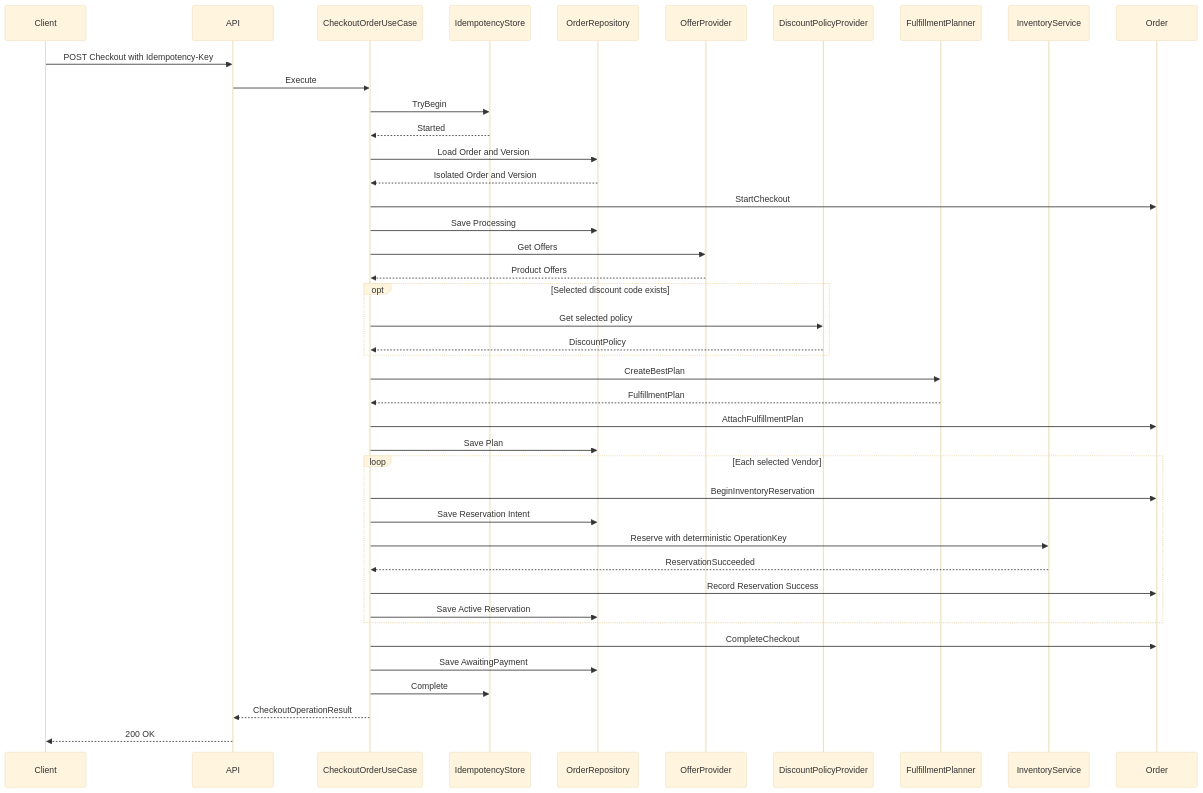
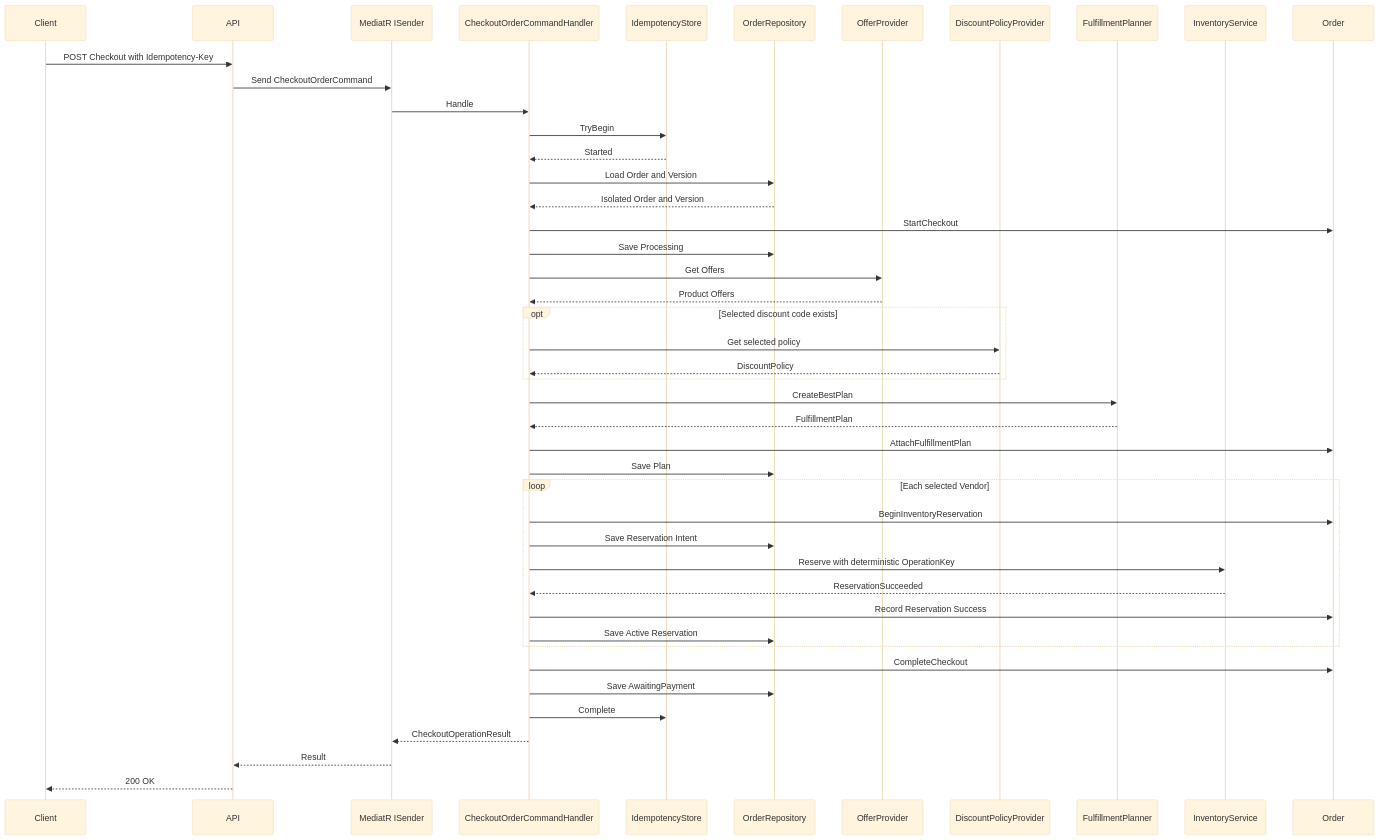
The fifth of 10 diagrams in README.md (erfanehsrchl/MarketplaceOrdering), drawn with Mermaid (base theme) before and after one commit. The commit also changed other lines of this file and 49 other files, not shown here.

First line of the commit message:
feat: Implement order management features including order details retrieval, discount code removal, and item management

````diff
--- a/README.md
+++ b/README.md
@@ -152,47 +176,50 @@
 ```mermaid
 sequenceDiagram
     participant Client
     participant API
-    participant UseCase as CheckoutOrderUseCase
+    participant Sender as MediatR ISender
+    participant Handler as CheckoutOrderCommandHandler
     participant Idempotency as IdempotencyStore
     participant Repository as OrderRepository
     participant Offers as OfferProvider
     participant Discounts as DiscountPolicyProvider
     participant Planner as FulfillmentPlanner
     participant Inventory as InventoryService
     participant Order
 
     Client->>API: POST Checkout with Idempotency-Key
-    API->>UseCase: Execute
-    UseCase->>Idempotency: TryBegin
-    Idempotency-->>UseCase: Started
-    UseCase->>Repository: Load Order and Version
-    Repository-->>UseCase: Isolated Order and Version
-    UseCase->>Order: StartCheckout
-    UseCase->>Repository: Save Processing
-    UseCase->>Offers: Get Offers
-    Offers-->>UseCase: Product Offers
+    API->>Sender: Send CheckoutOrderCommand
+    Sender->>Handler: Handle
+    Handler->>Idempotency: TryBegin
+    Idempotency-->>Handler: Started
+    Handler->>Repository: Load Order and Version
+    Repository-->>Handler: Isolated Order and Version
+    Handler->>Order: StartCheckout
+    Handler->>Repository: Save Processing
+    Handler->>Offers: Get Offers
+    Offers-->>Handler: Product Offers
     opt Selected discount code exists
-        UseCase->>Discounts: Get selected policy
-        Discounts-->>UseCase: DiscountPolicy
+        Handler->>Discounts: Get selected policy
+        Discounts-->>Handler: DiscountPolicy
     end
-    UseCase->>Planner: CreateBestPlan
-    Planner-->>UseCase: FulfillmentPlan
-    UseCase->>Order: AttachFulfillmentPlan
-    UseCase->>Repository: Save Plan
+    Handler->>Planner: CreateBestPlan
+    Planner-->>Handler: FulfillmentPlan
+    Handler->>Order: AttachFulfillmentPlan
+    Handler->>Repository: Save Plan
 
     loop Each selected Vendor
-        UseCase->>Order: BeginInventoryReservation
-        UseCase->>Repository: Save Reservation Intent
-        UseCase->>Inventory: Reserve with deterministic OperationKey
-        Inventory-->>UseCase: ReservationSucceeded
-        UseCase->>Order: Record Reservation Success
-        UseCase->>Repository: Save Active Reservation
+        Handler->>Order: BeginInventoryReservation
+        Handler->>Repository: Save Reservation Intent
+        Handler->>Inventory: Reserve with deterministic OperationKey
+        Inventory-->>Handler: ReservationSucceeded
+        Handler->>Order: Record Reservation Success
+        Handler->>Repository: Save Active Reservation
     end
 
-    UseCase->>Order: CompleteCheckout
-    UseCase->>Repository: Save AwaitingPayment
-    UseCase->>Idempotency: Complete
-    UseCase-->>API: CheckoutOperationResult
+    Handler->>Order: CompleteCheckout
+    Handler->>Repository: Save AwaitingPayment
+    Handler->>Idempotency: Complete
+    Handler-->>Sender: CheckoutOperationResult
+    Sender-->>API: Result
     API-->>Client: 200 OK
 ```
````
